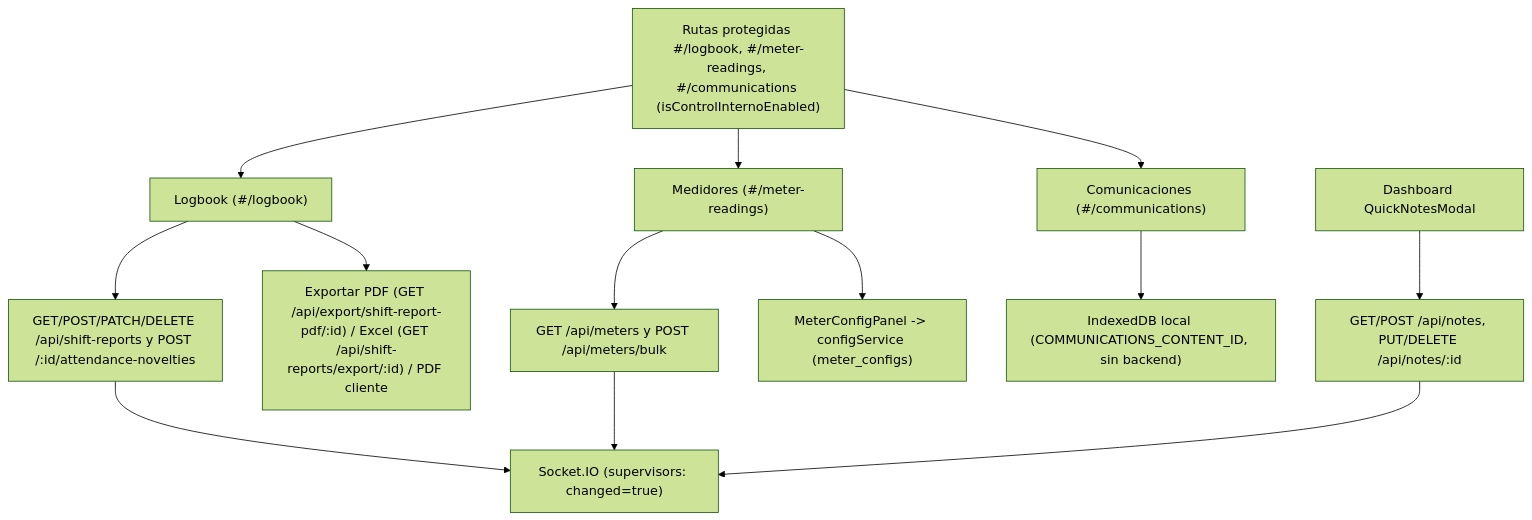
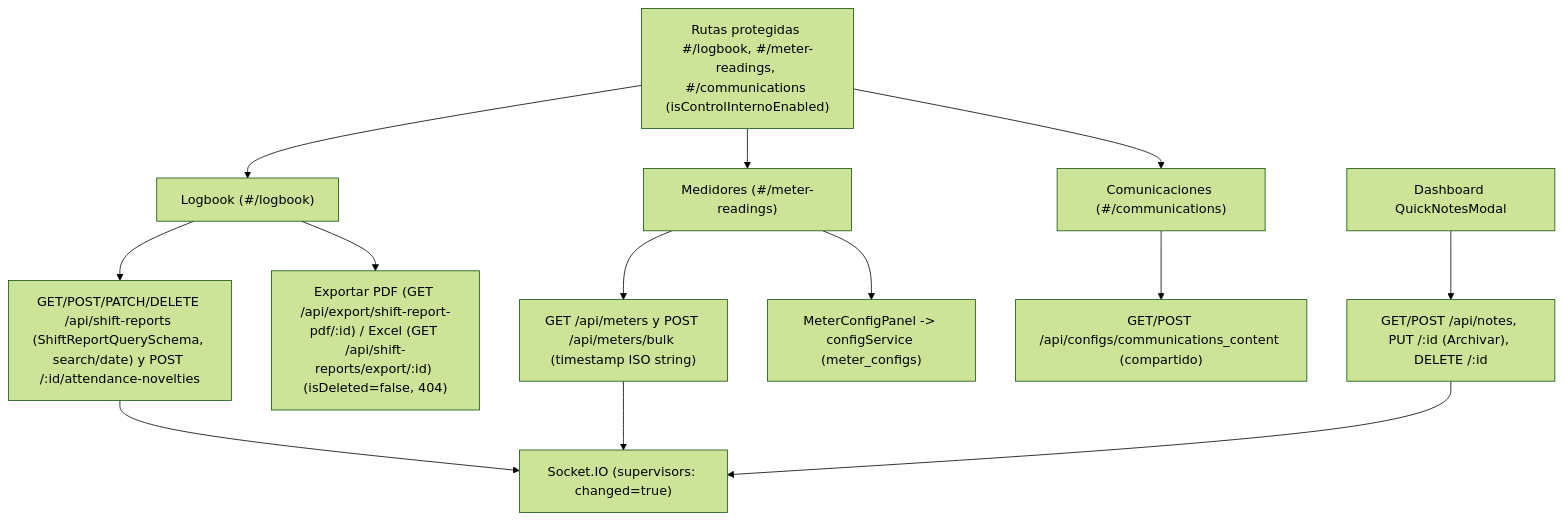
The diagram in docs/flows/libro-novedades-medidores-y-comunicaciones.md (Zer0x25/portal-control-2.0), drawn with Mermaid (forest theme) before and after one commit. The commit also changed other lines of this file and 2 other files, not shown here.

Commit message:
docs(flows): cerrar flujo libro-novedades-medidores-y-comunicaciones (spec 118)

````diff
--- a/docs/flows/libro-novedades-medidores-y-comunicaciones.md
+++ b/docs/flows/libro-novedades-medidores-y-comunicaciones.md
@@ -11,15 +14,15 @@
 ```mermaid
 flowchart TD
   A["Rutas protegidas #/logbook, #/meter-readings, #/communications (isControlInternoEnabled)"] --> B["Logbook (#/logbook)"]
-  B --> C["GET/POST/PATCH/DELETE /api/shift-reports y POST /:id/attendance-novelties"]
-  B --> D["Exportar PDF (GET /api/export/shift-report-pdf/:id) / Excel (GET /api/shift-reports/export/:id) / PDF cliente"]
+  B --> C["GET/POST/PATCH/DELETE /api/shift-reports (ShiftReportQuerySchema, search/date) y POST /:id/attendance-novelties"]
+  B --> D["Exportar PDF (GET /api/export/shift-report-pdf/:id) / Excel (GET /api/shift-reports/export/:id) (isDeleted=false, 404)"]
   A --> E["Medidores (#/meter-readings)"]
-  E --> F["GET /api/meters y POST /api/meters/bulk"]
+  E --> F["GET /api/meters y POST /api/meters/bulk (timestamp ISO string)"]
   E --> G["MeterConfigPanel -> configService (meter_configs)"]
   A --> H["Comunicaciones (#/communications)"]
-  H --> I["IndexedDB local (COMMUNICATIONS_CONTENT_ID, sin backend)"]
-  J["Dashboard QuickNotesModal"] --> K["GET/POST /api/notes, PUT/DELETE /api/notes/:id"]
+  H --> I["GET/POST /api/configs/communications_content (compartido)"]
+  J["Dashboard QuickNotesModal"] --> K["GET/POST /api/notes, PUT /:id (Archivar), DELETE /:id"]
   C --> L["Socket.IO (supervisors: changed=true)"]
   F --> L
   K --> L
 ```
````
